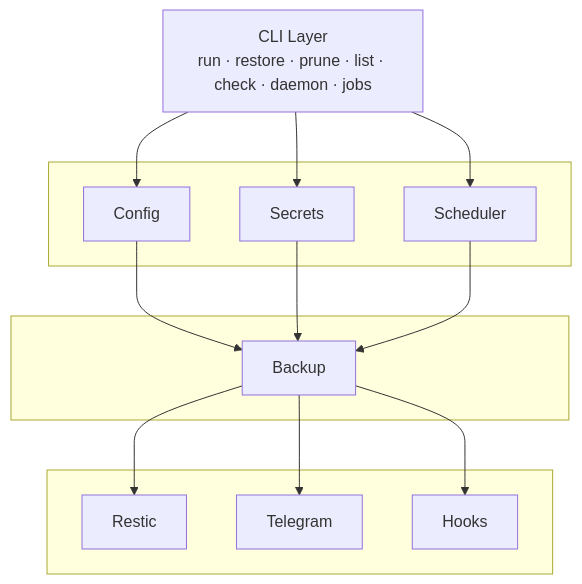
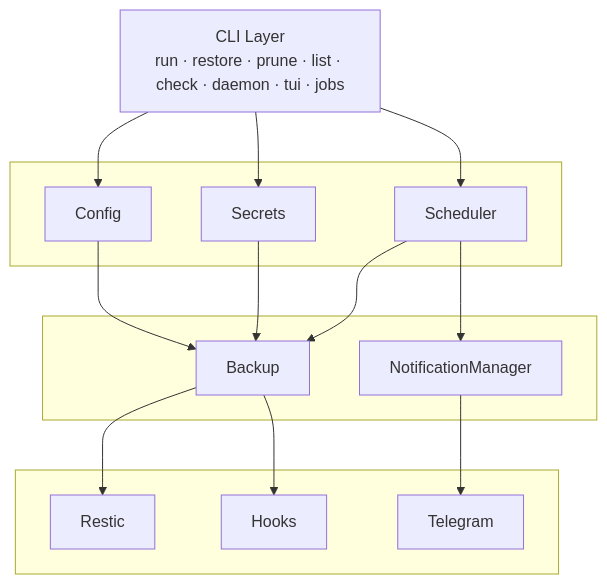
Before and after one commit to gdellis/restic-manager: the diagram in README.md, drawn with Mermaid. The commit also changed other lines of this file and 1 other file, not shown here.

Commit message:
docs: refresh README and DESIGN architecture diagrams (#148)
Completes the documentation bullets of issue #130 left after #146:

- README architecture diagram: notifications route through
  NotificationManager (held by the scheduler), not Backup->Telegram;
  add the tui command to the CLI layer listing.
- DESIGN.md flowchart: add TUI, redact, and shutdown nodes; rename
  'Telegram Bot' to NotificationManager with rate-limiting/toggles;
  mark the restic child as tracked; notifications driven by the
  scheduler.
- DESIGN.md class diagram: stale APIs corrected (Config::load returns
  Result and uses BTreeMap; ResolvedConfig added with resolve_job;
  Job has no name field; Scheduler::new/run/list_scheduled_jobs;
  NotificationManager::new returns Result).
- DESIGN.md module structure: document tui, restic_child, redact,
  shutdown modules; note bounded concurrency and explicit-only
  retention defaults; refresh the dependency list (crossterm,
  ratatui, indicatif, serde_json, nix).
- README config table: shorten the scoped job-name row to satisfy
  the 120-char markdownlint limit.

````diff
--- a/README.md
+++ b/README.md
@@ -272,30 +272,32 @@
 ```mermaid
 flowchart TB
-    CLI["CLI Layer<br/>run · restore · prune · list · check · daemon · jobs"]
+    CLI["CLI Layer<br/>run · restore · prune · list · check · daemon · tui · jobs"]
 
     subgraph Core[" "]
         Config[Config]
         Secrets[Secrets]
         Scheduler[Scheduler]
     end
 
     subgraph Executor[" "]
         Backup[Backup]
+        Notify[NotificationManager]
     end
 
     subgraph External[" "]
         Restic[Restic]
         Telegram[Telegram]
         Hooks[Hooks]
     end
 
     CLI --> Config
     CLI --> Secrets
     CLI --> Scheduler
     Config --> Backup
     Secrets --> Backup
     Scheduler --> Backup
+    Scheduler --> Notify
     Backup --> Restic
-    Backup --> Telegram
     Backup --> Hooks
+    Notify --> Telegram
 ```
````
